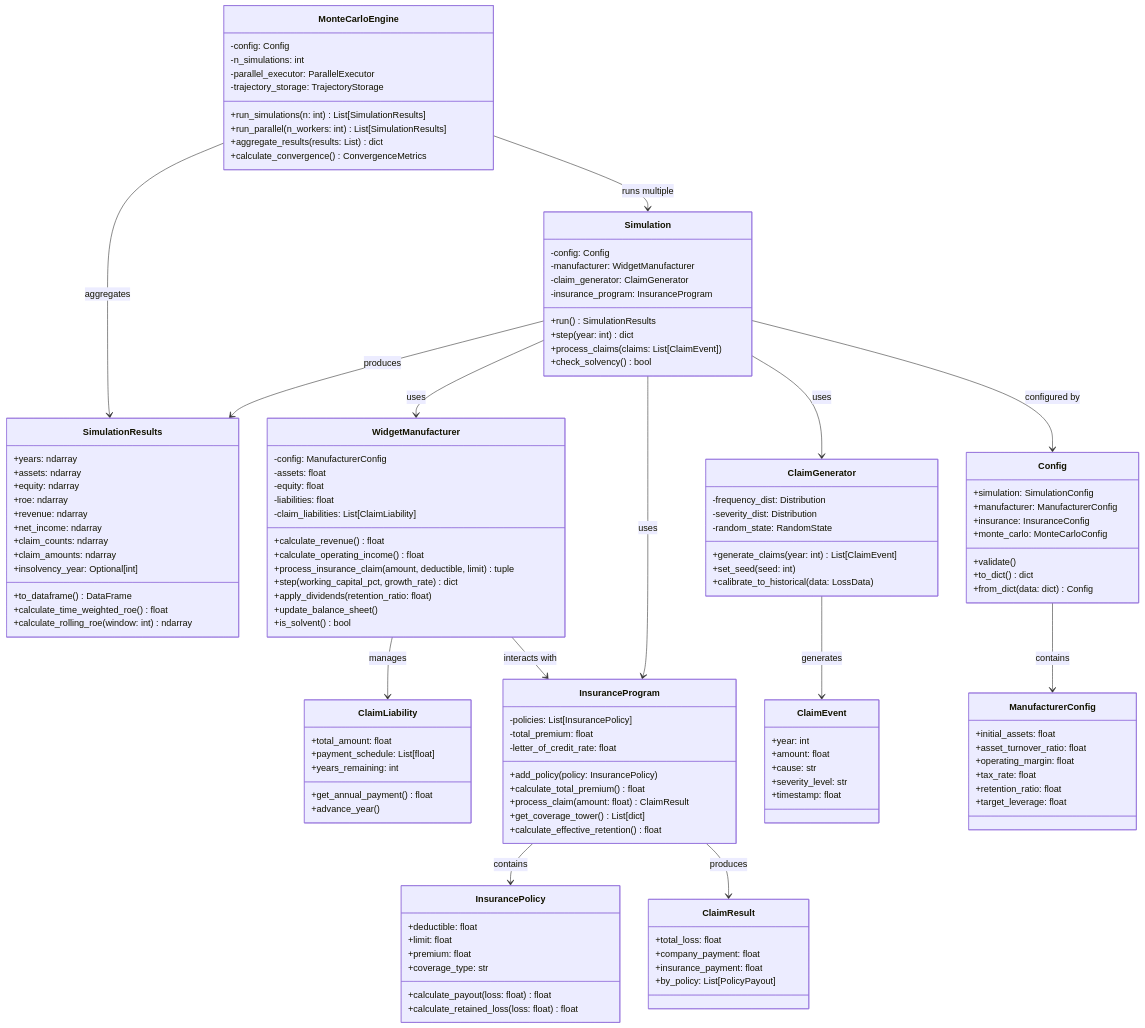
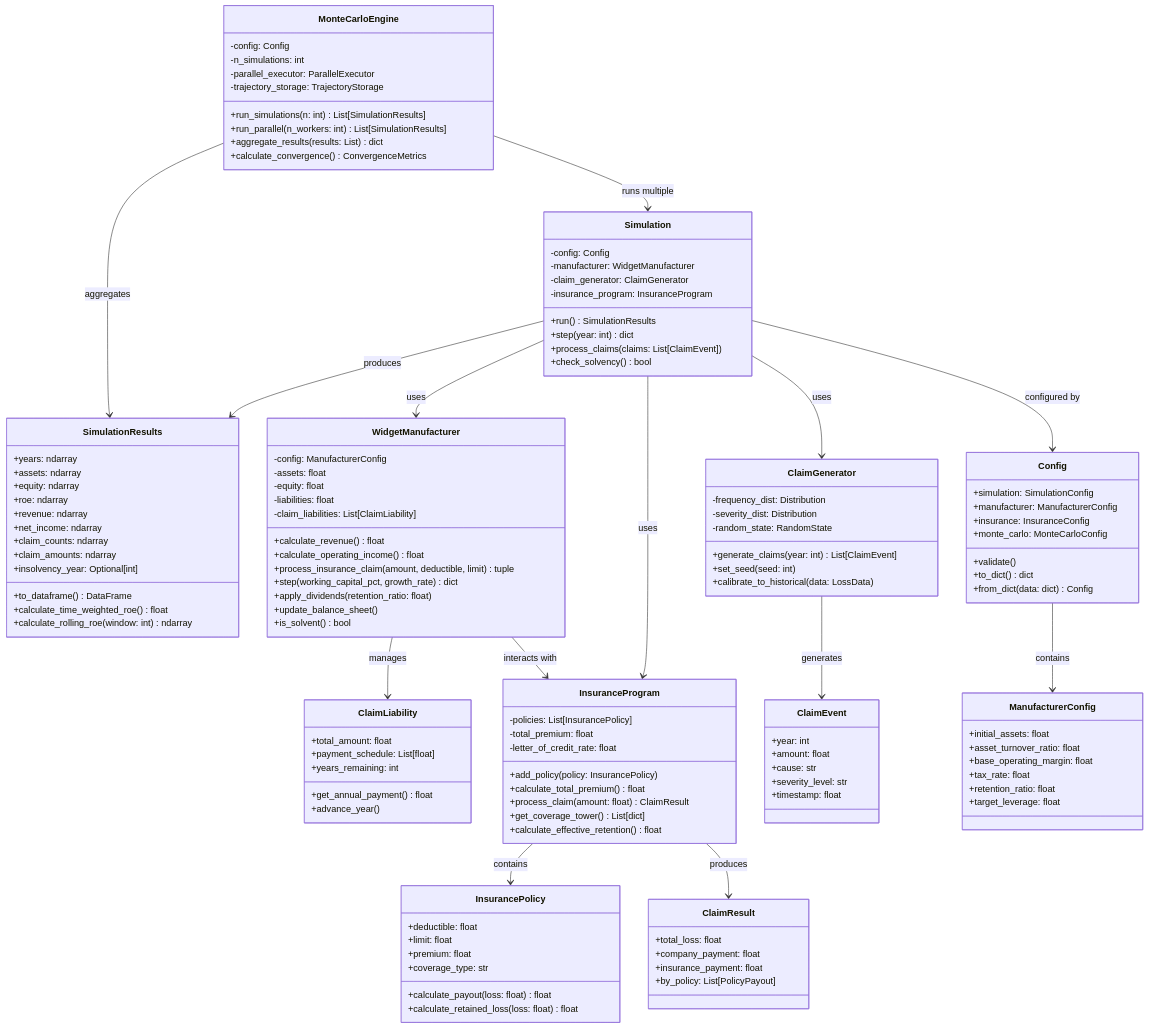
The first of 2 diagrams in ergodic_insurance/docs/architecture/class_diagrams/core_classes.md (AlexFiliakov/Ergodic-Insurance-Limits), drawn with Mermaid before and after one commit. The commit also changed 147 other files, not shown here.

```diff
--- a/ergodic_insurance/docs/architecture/class_diagrams/core_classes.md
+++ b/ergodic_insurance/docs/architecture/class_diagrams/core_classes.md
@@ -126,7 +126,7 @@
     class ManufacturerConfig {
         +initial_assets: float
         +asset_turnover_ratio: float
-        +operating_margin: float
+        +base_operating_margin: float
         +tax_rate: float
         +retention_ratio: float
         +target_leverage: float
```
